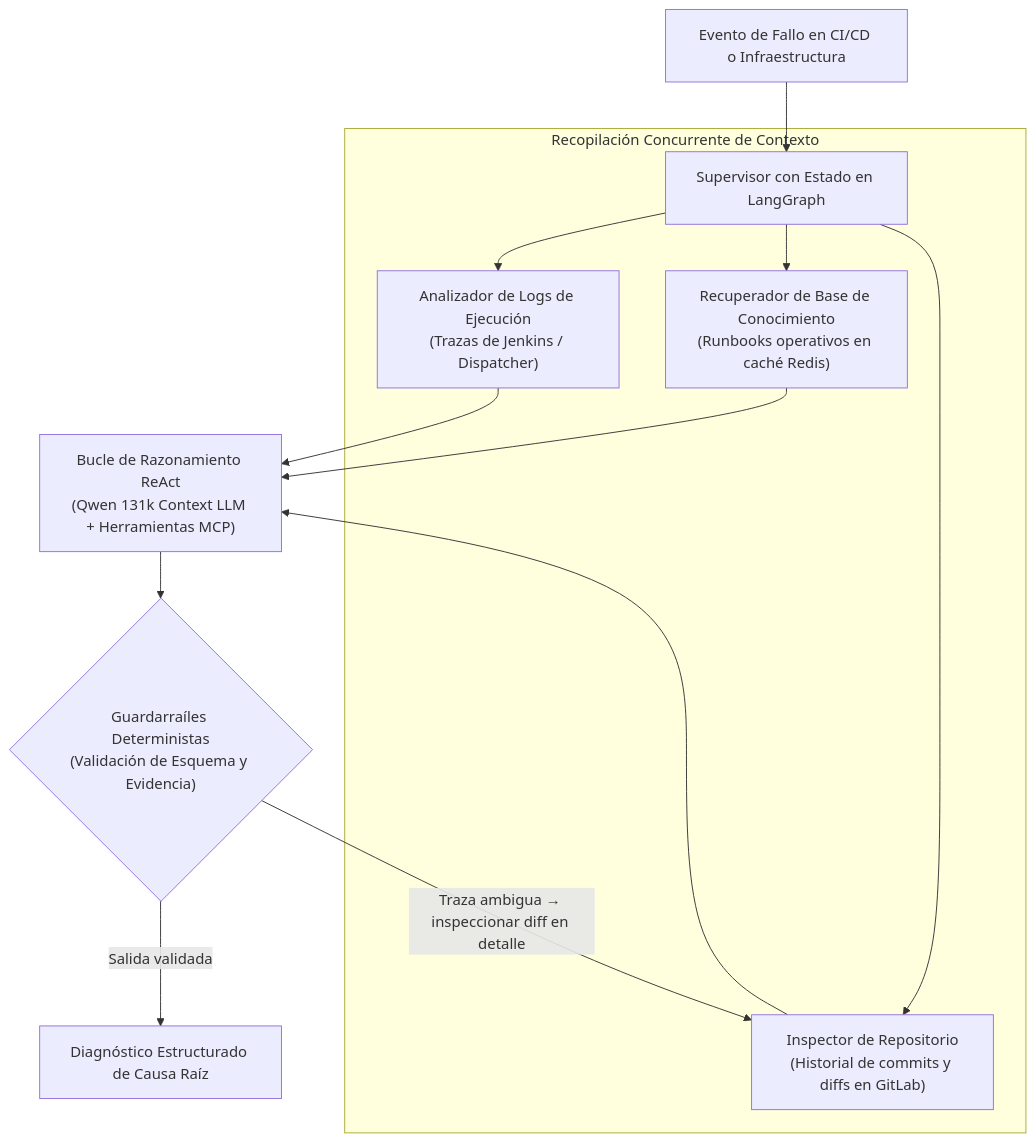
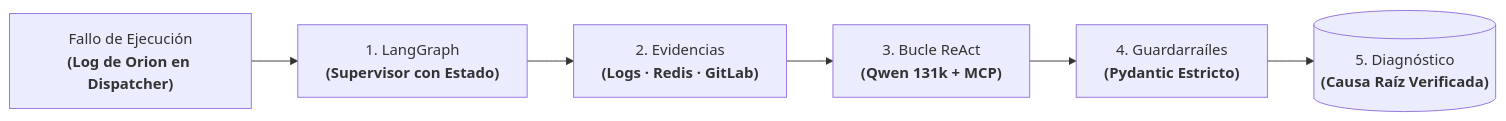
Before and after one commit to oredondo/oredondo.github.io: the diagram in docs_es/projects/orion-ai.md, drawn with Mermaid. The commit also changed other lines of this file and 31 other files, not shown here.

First line of the commit message:
refactor(portfolio): unify architecture case studies, NextGen context, blog essays, and bilingual CV

````diff
--- a/docs_es/projects/orion-ai.md
+++ b/docs_es/projects/orion-ai.md
@@ -36,17 +37,8 @@
 ```mermaid
-flowchart TD
-    Trigger["Evento de Fallo en CI/CD o Infraestructura"] --> Orchestrator["Supervisor con Estado en LangGraph"]
-
-    subgraph ParallelEvidence["Recopilación Concurrente de Contexto"]
-        Orchestrator --> LogNode["Analizador de Logs de Ejecución<br/>(Trazas de Jenkins / Dispatcher)"]
-        Orchestrator --> DocNode["Recuperador de Base de Conocimiento<br/>(Runbooks operativos en caché Redis)"]
-        Orchestrator --> GitNode["Inspector de Repositorio<br/>(Historial de commits y diffs en GitLab)"]
-    end
-
-    LogNode & DocNode & GitNode --> ReAct["Bucle de Razonamiento ReAct<br/>(Qwen 131k Context LLM + Herramientas MCP)"]
-
-    Guardrails{"Guardarraíles Deterministas<br/>(Validación de Esquema y Evidencia)"}
-    ReAct --> Guardrails
-    Guardrails -- "Traza ambigua → inspeccionar diff en detalle" --> GitNode
-    Guardrails -- "Salida validada" --> Report["Diagnóstico Estructurado de Causa Raíz"]
+flowchart LR
+    Fail["Fallo de Ejecución<br/><b>(Log de Orion en Dispatcher)</b>"] --> Sup["1. LangGraph<br/><b>(Supervisor con Estado)</b>"]
+    Sup --> Evid["2. Evidencias<br/><b>(Logs · Redis · GitLab)</b>"]
+    Evid --> ReAct["3. Bucle ReAct<br/><b>(Qwen 131k + MCP)</b>"]
+    ReAct --> Guard["4. Guardarraíles<br/><b>(Pydantic Estricto)</b>"]
+    Guard --> Report[("5. Diagnóstico<br/><b>(Causa Raíz Verificada)</b>")]
 ```
````
